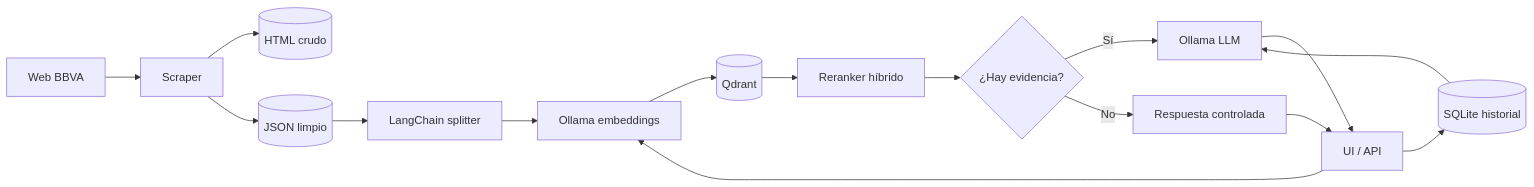
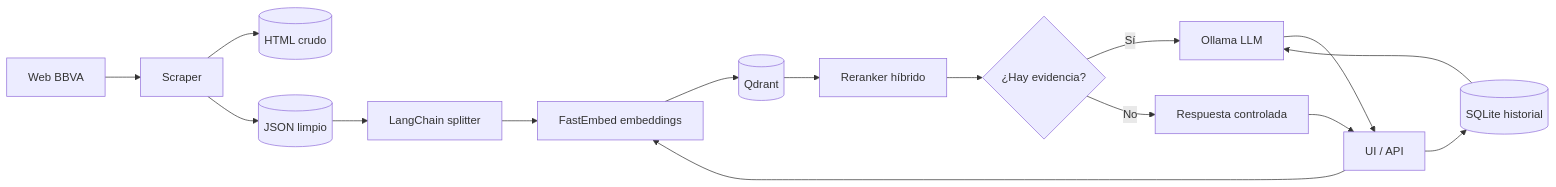
One commit to jofepe16/rag_web_scraping changed the diagram in README.md. Above: the diagram before and after it, drawn with Mermaid. The commit also changed other lines of this file and 16 other files, not shown here.

````diff
--- a/README.md
+++ b/README.md
@@ -19,18 +19,18 @@
 ```mermaid
 flowchart LR
     W[Web BBVA] --> S[Scraper]
     S --> R[(HTML crudo)]
     S --> C[(JSON limpio)]
     C --> K[LangChain splitter]
-    K --> E[Ollama embeddings]
+    K --> E[FastEmbed embeddings]
     E --> Q[(Qdrant)]
     U[UI / API] --> H[(SQLite historial)]
     U --> E
     Q --> RR[Reranker híbrido]
     RR --> V{¿Hay evidencia?}
     V -->|Sí| L[Ollama LLM]
     V -->|No| N[Respuesta controlada]
     H --> L
     L --> U
     N --> U
 ```
````
